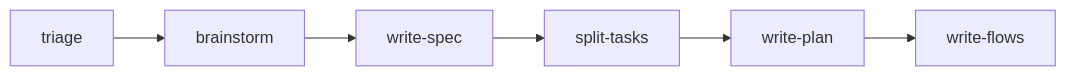
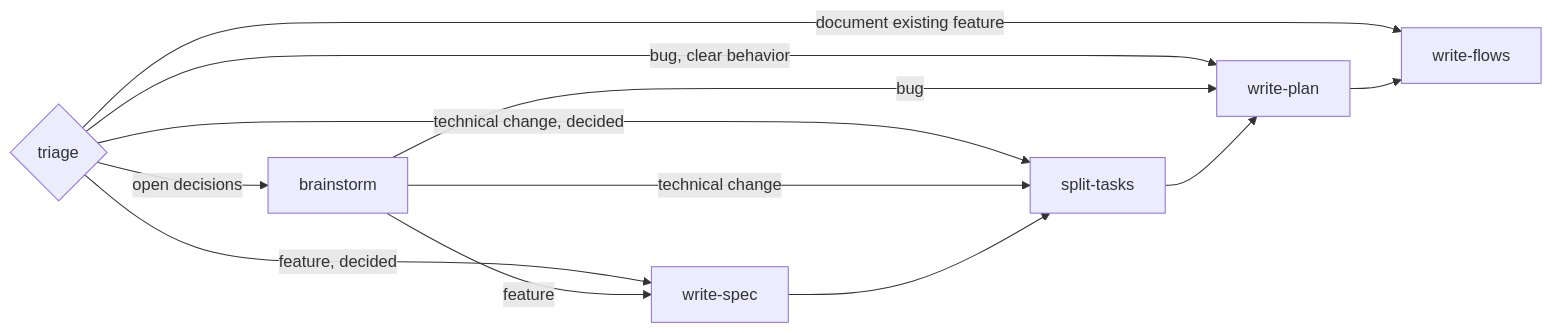
The diagram in README.md (arcadesunlabs/skills), drawn with Mermaid before and after one commit.

Commit message:
docs: show triage branching paths in the workflow diagram

````diff
--- a/README.md
+++ b/README.md
@@ -17,4 +17,21 @@
 ```mermaid
 flowchart LR
-  T[triage] --> B[brainstorm] --> S[write-spec] --> X[split-tasks] --> P[write-plan] --> F[write-flows]
+  T{triage}
+  B[brainstorm]
+  S[write-spec]
+  X[split-tasks]
+  P[write-plan]
+  F[write-flows]
+
+  T -->|open decisions| B
+  T -->|feature, decided| S
+  T -->|technical change, decided| X
+  T -->|bug, clear behavior| P
+  T -->|document existing feature| F
+
+  B -->|feature| S
+  B -->|technical change| X
+  B -->|bug| P
+
+  S --> X --> P --> F
 ```
````
